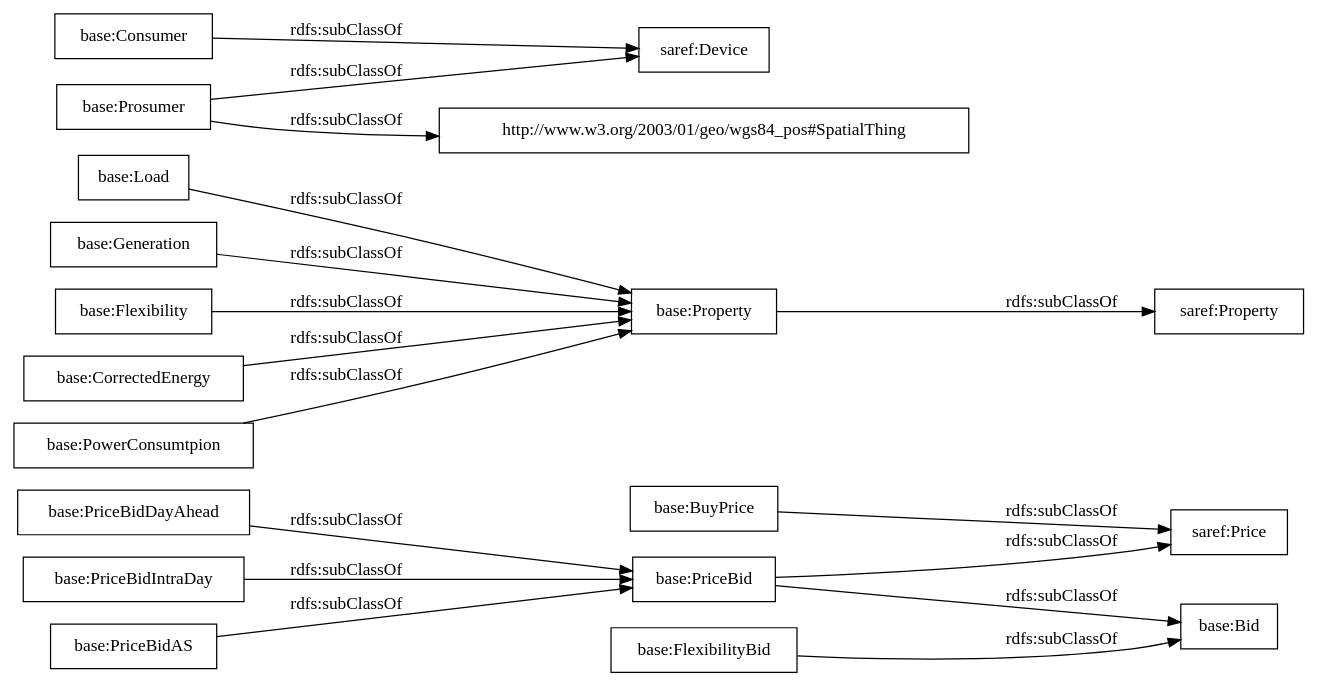
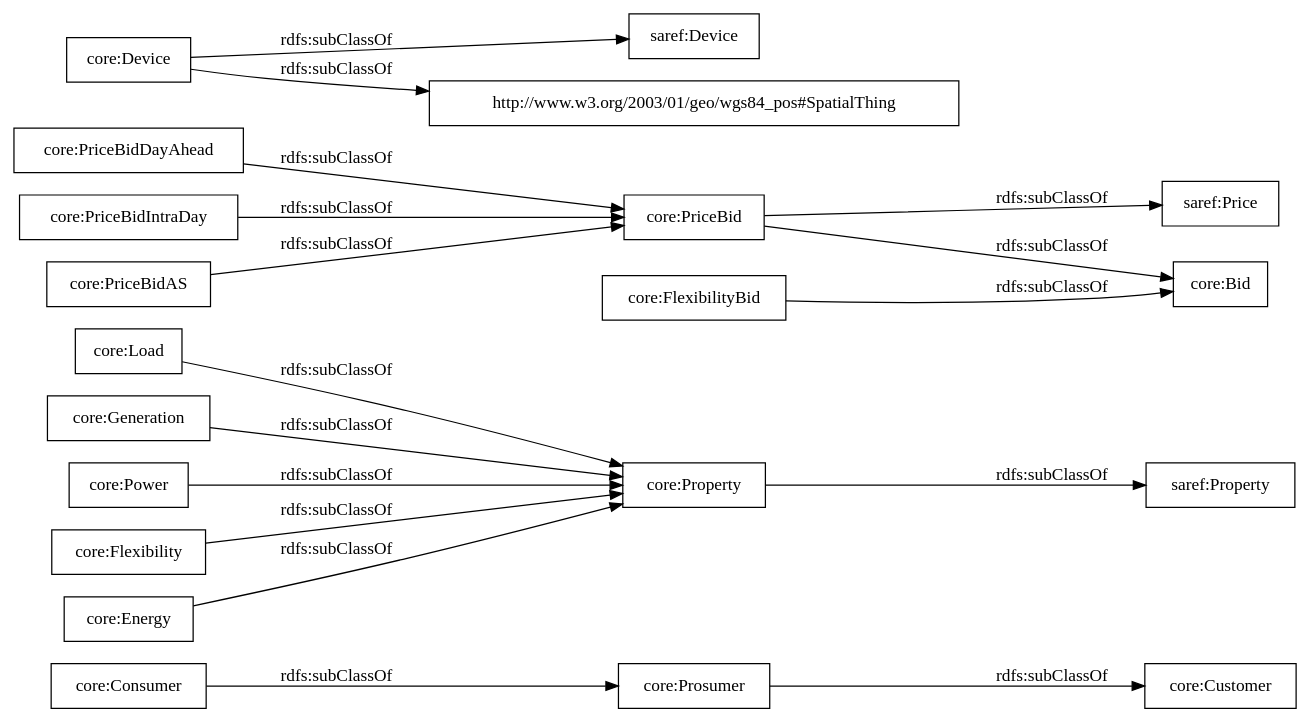
The diagram in OnToology/ontology/delta.ttl/diagrams/ar2dtool-taxonomy/delta.ttl.png.dot (oeg-upm/delta-ontology), drawn with Graphviz before and after one commit. The commit also changed 12 other files, not shown here.

```diff
--- a/OnToology/ontology/delta.ttl/diagrams/ar2dtool-taxonomy/delta.ttl.png.dot
+++ b/OnToology/ontology/delta.ttl/diagrams/ar2dtool-taxonomy/delta.ttl.png.dot
@@ -1,22 +1,22 @@
 digraph ar2dtool_diagram { 
 rankdir=LR;
 size="1000"
-node [shape = rectangle, color="black"]; "base:PriceBid" "base:BuyPrice" "saref:Property" "base:Consumer" "base:Load" "base:PriceBidDayAhead" "base:Generation" "saref:Device" "base:PriceBidIntraDay" "base:Prosumer" "base:FlexibilityBid" "base:Flexibility" "http://www.w3.org/2003/01/geo/wgs84_pos#SpatialThing" "base:CorrectedEnergy" "saref:Price" "base:Property" "base:PriceBidAS" "base:PowerConsumtpion" "base:Bid" ; /*classes style*/
-	"base:Generation" -> "base:Property" [ label = "rdfs:subClassOf" ];
-	"base:Flexibility" -> "base:Property" [ label = "rdfs:subClassOf" ];
-	"base:FlexibilityBid" -> "base:Bid" [ label = "rdfs:subClassOf" ];
-	"base:CorrectedEnergy" -> "base:Property" [ label = "rdfs:subClassOf" ];
-	"base:BuyPrice" -> "saref:Price" [ label = "rdfs:subClassOf" ];
-	"base:PriceBidAS" -> "base:PriceBid" [ label = "rdfs:subClassOf" ];
-	"base:PriceBidIntraDay" -> "base:PriceBid" [ label = "rdfs:subClassOf" ];
-	"base:Prosumer" -> "saref:Device" [ label = "rdfs:subClassOf" ];
-	"base:Prosumer" -> "http://www.w3.org/2003/01/geo/wgs84_pos#SpatialThing" [ label = "rdfs:subClassOf" ];
-	"base:Property" -> "saref:Property" [ label = "rdfs:subClassOf" ];
-	"base:PriceBid" -> "saref:Price" [ label = "rdfs:subClassOf" ];
-	"base:PriceBid" -> "base:Bid" [ label = "rdfs:subClassOf" ];
-	"base:Consumer" -> "saref:Device" [ label = "rdfs:subClassOf" ];
-	"base:PowerConsumtpion" -> "base:Property" [ label = "rdfs:subClassOf" ];
-	"base:PriceBidDayAhead" -> "base:PriceBid" [ label = "rdfs:subClassOf" ];
-	"base:Load" -> "base:Property" [ label = "rdfs:subClassOf" ];
+node [shape = rectangle, color="black"]; "core:Customer" "saref:Property" "core:Consumer" "core:Load" "core:PriceBidDayAhead" "core:Generation" "saref:Device" "core:PriceBidIntraDay" "core:Power" "core:Prosumer" "core:FlexibilityBid" "core:Device" "core:Flexibility" "http://www.w3.org/2003/01/geo/wgs84_pos#SpatialThing" "saref:Price" "core:Property" "core:PriceBidAS" "core:Energy" "core:Bid" "core:PriceBid" ; /*classes style*/
+	"core:Generation" -> "core:Property" [ label = "rdfs:subClassOf" ];
+	"core:Flexibility" -> "core:Property" [ label = "rdfs:subClassOf" ];
+	"core:FlexibilityBid" -> "core:Bid" [ label = "rdfs:subClassOf" ];
+	"core:PriceBidAS" -> "core:PriceBid" [ label = "rdfs:subClassOf" ];
+	"core:Energy" -> "core:Property" [ label = "rdfs:subClassOf" ];
+	"core:PriceBidIntraDay" -> "core:PriceBid" [ label = "rdfs:subClassOf" ];
+	"core:Power" -> "core:Property" [ label = "rdfs:subClassOf" ];
+	"core:Prosumer" -> "core:Customer" [ label = "rdfs:subClassOf" ];
+	"core:Device" -> "saref:Device" [ label = "rdfs:subClassOf" ];
+	"core:Device" -> "http://www.w3.org/2003/01/geo/wgs84_pos#SpatialThing" [ label = "rdfs:subClassOf" ];
+	"core:Property" -> "saref:Property" [ label = "rdfs:subClassOf" ];
+	"core:PriceBid" -> "saref:Price" [ label = "rdfs:subClassOf" ];
+	"core:PriceBid" -> "core:Bid" [ label = "rdfs:subClassOf" ];
+	"core:Consumer" -> "core:Prosumer" [ label = "rdfs:subClassOf" ];
+	"core:PriceBidDayAhead" -> "core:PriceBid" [ label = "rdfs:subClassOf" ];
+	"core:Load" -> "core:Property" [ label = "rdfs:subClassOf" ];
 
 }
```
